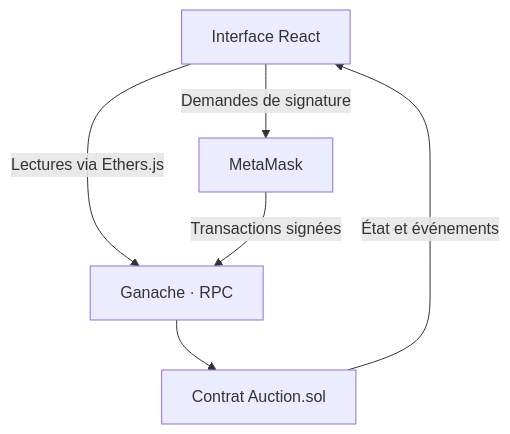
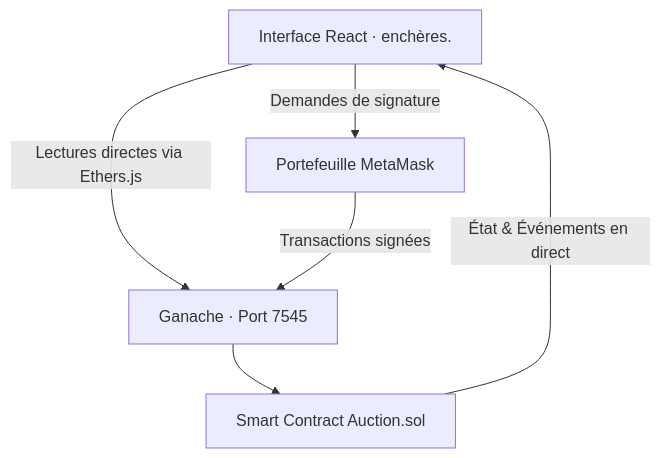
One commit to oussemazghal/blockchain-project changed the diagram in README.md. Above: the diagram before and after it, drawn with Mermaid. The commit also changed other lines of this file, not shown here.

````diff
--- a/README.md
+++ b/README.md
@@ -50,8 +85,8 @@
 ```mermaid
 flowchart TD
-    UI[Interface React] -->|Lectures via Ethers.js| RPC[Ganache · RPC]
-    UI -->|Demandes de signature| Wallet[MetaMask]
+    UI[Interface React · enchères.] -->|Lectures directes via Ethers.js| RPC[Ganache · Port 7545]
+    UI -->|Demandes de signature| Wallet[Portefeuille MetaMask]
     Wallet -->|Transactions signées| RPC
-    RPC --> Contract[Contrat Auction.sol]
-    Contract -->|État et événements| UI
+    RPC --> Contract[Smart Contract Auction.sol]
+    Contract -->|État & Événements en direct| UI
 ```
````
